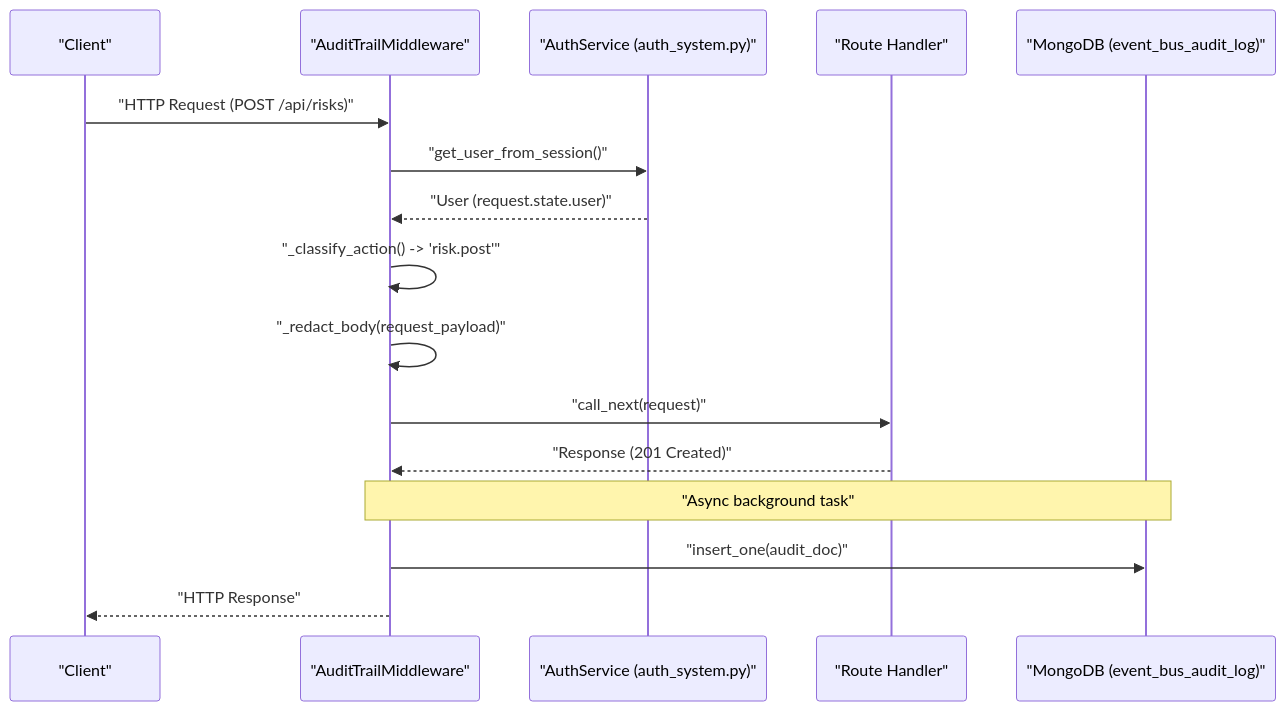
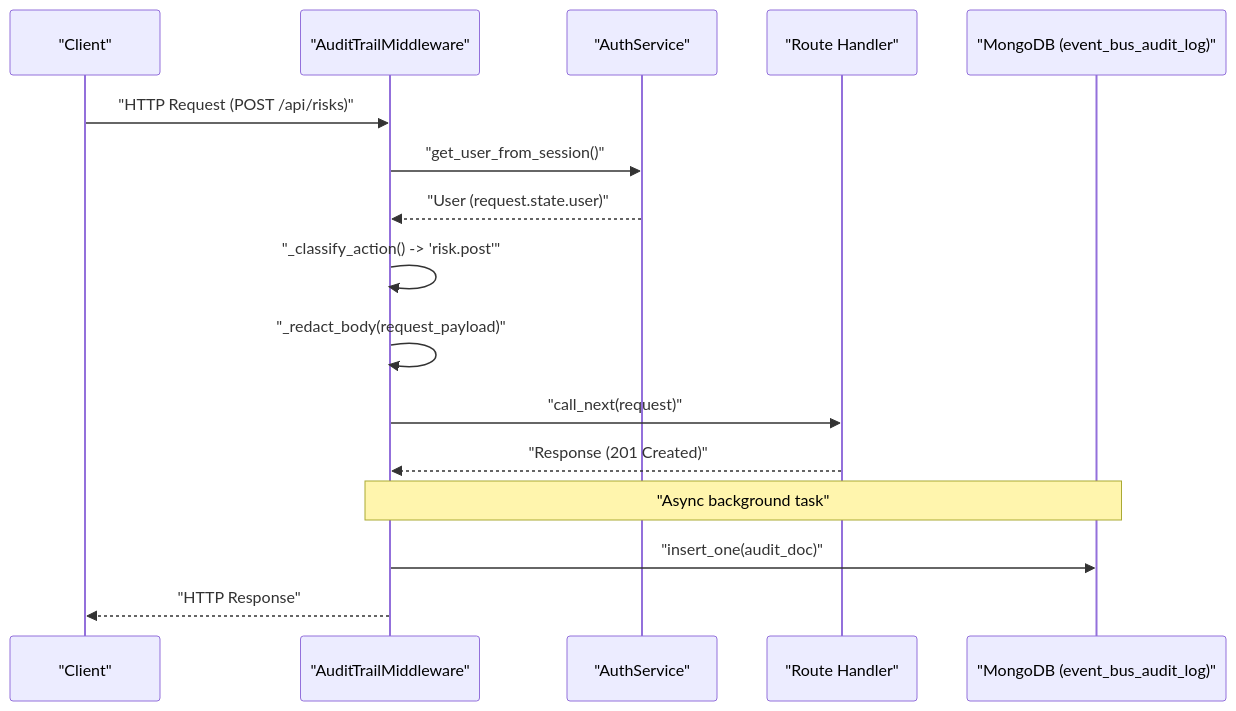
One commit to niteshsaini/offloadsecurity-docs changed the first of 2 diagrams in docs/authentication/audit-trail.md. Above: the diagram before and after it, drawn with Mermaid. The commit also changed other lines of this file and 16 other files, not shown here.

````diff
--- a/docs/authentication/audit-trail.md
+++ b/docs/authentication/audit-trail.md
@@ -21,19 +21,19 @@
 ```mermaid
 sequenceDiagram
     participant C as "Client"
     participant M as "AuditTrailMiddleware"
-    participant A as "AuthService (auth_system.py)"
+    participant A as "AuthService"
     participant R as "Route Handler"
     participant DB as "MongoDB (event_bus_audit_log)"
 
     C->>M: "HTTP Request (POST /api/risks)"
     M->>A: "get_user_from_session()"
     A-->>M: "User (request.state.user)"
     M->>M: "_classify_action() -> 'risk.post'"
     M->>M: "_redact_body(request_payload)"
     M->>R: "call_next(request)"
     R-->>M: "Response (201 Created)"
     Note over M,DB: "Async background task"
     M->>DB: "insert_one(audit_doc)"
     M-->>C: "HTTP Response"
 ```
````
